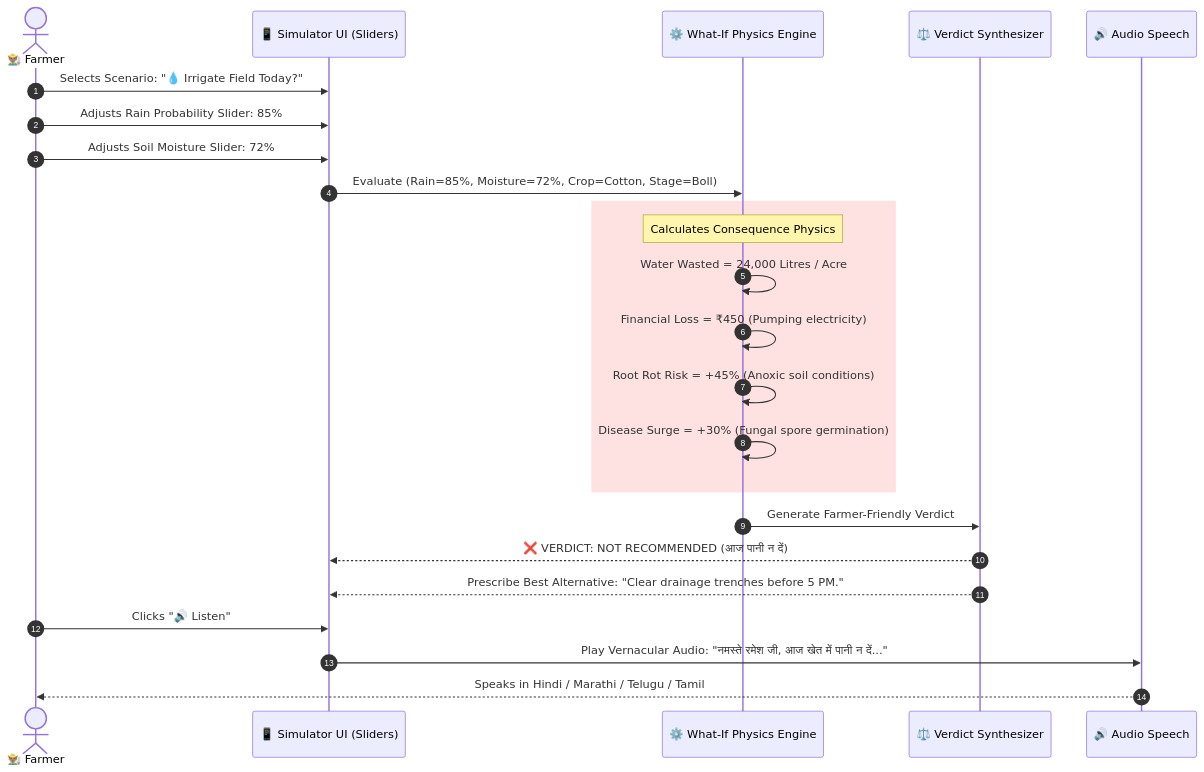
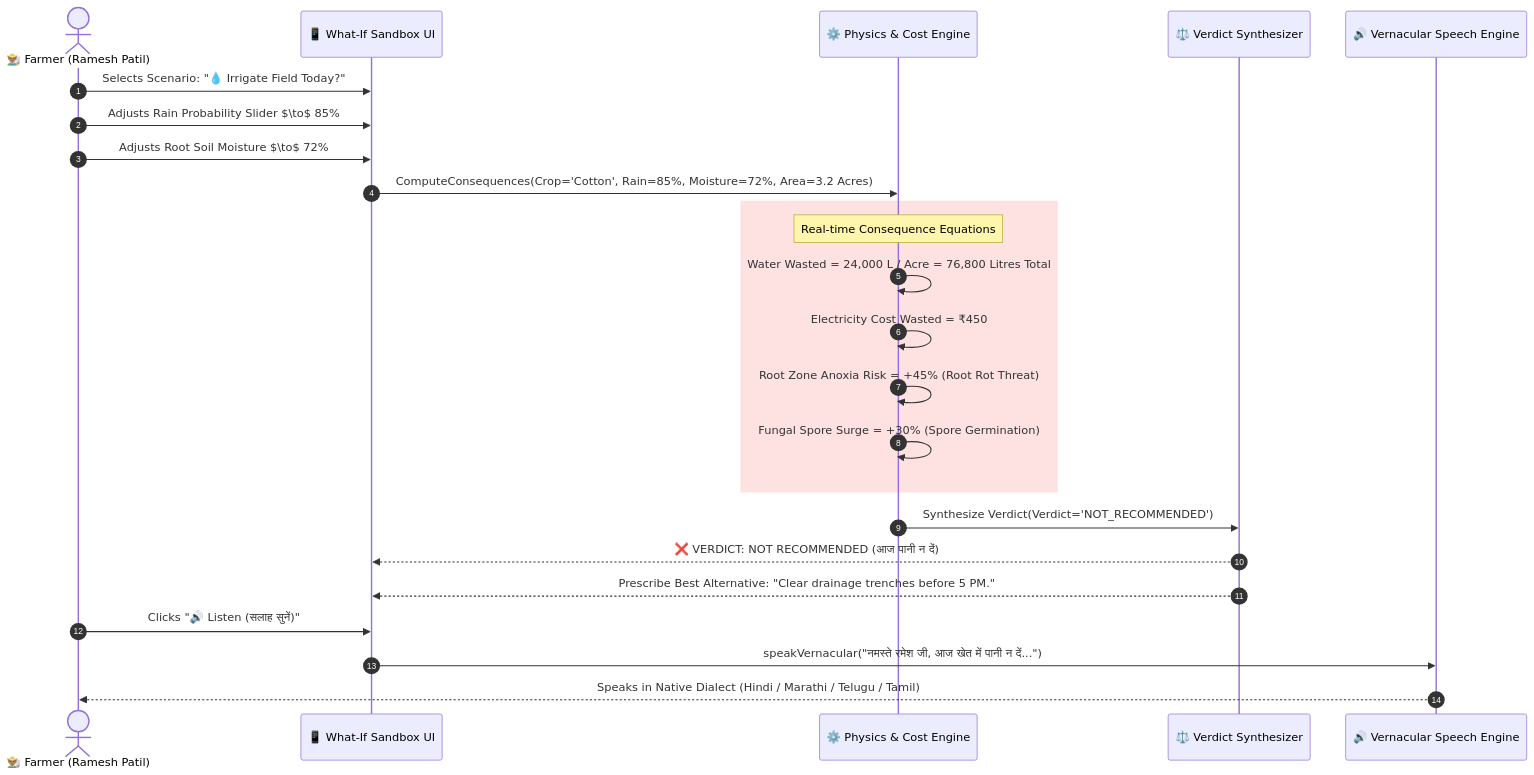
Before and after one commit to lucyyy01/krishi: the fifth of 6 diagrams in README.md, drawn with Mermaid. The commit also changed other lines of this file, not shown here.

Commit message:
docs: add enterprise-grade C4 diagrams, ERD, and mathematical models to README.md

````diff
--- a/README.md
+++ b/README.md
@@ -117,29 +303,30 @@
 ```mermaid
 sequenceDiagram
     autonumber
-    actor Farmer as 👨🏽‍🌾 Farmer
-    participant UI as 📱 Simulator UI (Sliders)
-    participant Engine as ⚙️ What-If Physics Engine
-    participant Verdict as ⚖️ Verdict Synthesizer
-    participant Voice as 🔊 Audio Speech
+    actor Farmer as 👨🏽‍🌾 Farmer (Ramesh Patil)
+    participant UI as 📱 What-If Sandbox UI
+    participant Core as ⚙️ Physics & Cost Engine
+    participant Synthesizer as ⚖️ Verdict Synthesizer
+    participant Voice as 🔊 Vernacular Speech Engine
 
     Farmer->>UI: Selects Scenario: "💧 Irrigate Field Today?"
-    Farmer->>UI: Adjusts Rain Probability Slider: 85%
-    Farmer->>UI: Adjusts Soil Moisture Slider: 72%
-    UI->>Engine: Evaluate (Rain=85%, Moisture=72%, Crop=Cotton, Stage=Boll)
-    
+    Farmer->>UI: Adjusts Rain Probability Slider $\to$ 85%
+    Farmer->>UI: Adjusts Root Soil Moisture $\to$ 72%
+    UI->>Core: ComputeConsequences(Crop='Cotton', Rain=85%, Moisture=72%, Area=3.2 Acres)
+
     rect rgb(254, 226, 226)
-        Note over Engine: Calculates Consequence Physics
-        Engine->>Engine: Water Wasted = 24,000 Litres / Acre
-        Engine->>Engine: Financial Loss = ₹450 (Pumping electricity)
-        Engine->>Engine: Root Rot Risk = +45% (Anoxic soil conditions)
-        Engine->>Engine: Disease Surge = +30% (Fungal spore germination)
+        Note over Core: Real-time Consequence Equations
+        Core->>Core: Water Wasted = 24,000 L / Acre = 76,800 Litres Total
+        Core->>Core: Electricity Cost Wasted = ₹450
+        Core->>Core: Root Zone Anoxia Risk = +45% (Root Rot Threat)
+        Core->>Core: Fungal Spore Surge = +30% (Spore Germination)
     end
 
-    Engine->>Verdict: Generate Farmer-Friendly Verdict
-    Verdict-->>UI: ❌ VERDICT: NOT RECOMMENDED (आज पानी न दें)
-    Verdict-->>UI: Prescribe Best Alternative: "Clear drainage trenches before 5 PM."
-    Farmer->>UI: Clicks "🔊 Listen"
-    UI->>Voice: Play Vernacular Audio: "नमस्ते रमेश जी, आज खेत में पानी न दें..."
-    Voice-->>Farmer: Speaks in Hindi / Marathi / Telugu / Tamil
+    Core->>Synthesizer: Synthesize Verdict(Verdict='NOT_RECOMMENDED')
+    Synthesizer-->>UI: ❌ VERDICT: NOT RECOMMENDED (आज पानी न दें)
+    Synthesizer-->>UI: Prescribe Best Alternative: "Clear drainage trenches before 5 PM."
+
+    Farmer->>UI: Clicks "🔊 Listen (सलाह सुनें)"
+    UI->>Voice: speakVernacular("नमस्ते रमेश जी, आज खेत में पानी न दें...")
+    Voice-->>Farmer: Speaks in Native Dialect (Hindi / Marathi / Telugu / Tamil)
 ```
````
